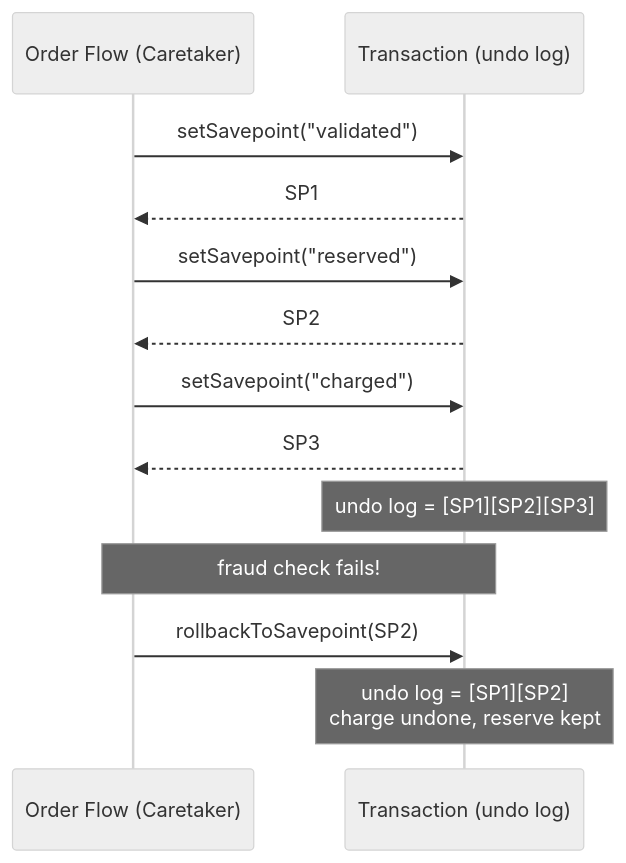
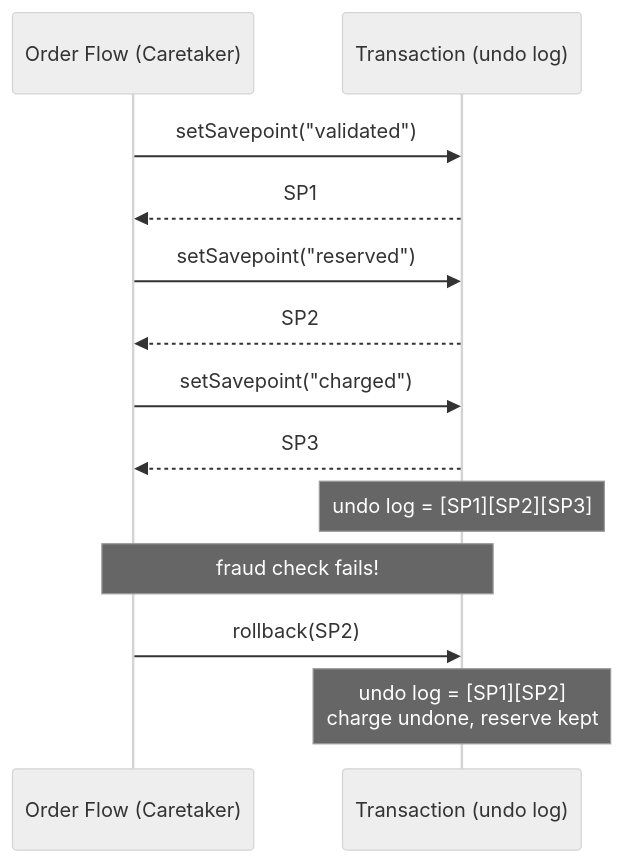
One commit to rppol/system-design changed the third of 3 diagrams in src/main/java/com/rutik/systemdesign/lld/behavioral/memento/README.md. Above: the diagram before and after it, drawn with Mermaid (neutral theme). The commit also changed other lines of this file and 11 other files, not shown here.

````diff
--- a/src/main/java/com/rutik/systemdesign/lld/behavioral/memento/README.md
+++ b/src/main/java/com/rutik/systemdesign/lld/behavioral/memento/README.md
@@ -225,17 +225,17 @@
 ```mermaid
 sequenceDiagram
     participant OF as Order Flow (Caretaker)
     participant TX as Transaction (undo log)
 
     OF->>TX: setSavepoint("validated")
     TX-->>OF: SP1
     OF->>TX: setSavepoint("reserved")
     TX-->>OF: SP2
     OF->>TX: setSavepoint("charged")
     TX-->>OF: SP3
     Note over TX: undo log = [SP1][SP2][SP3]
 
     Note over OF,TX: fraud check fails!
-    OF->>TX: rollbackToSavepoint(SP2)
+    OF->>TX: rollback(SP2)
     Note over TX: undo log = [SP1][SP2]<br/>charge undone, reserve kept
 ```
````
